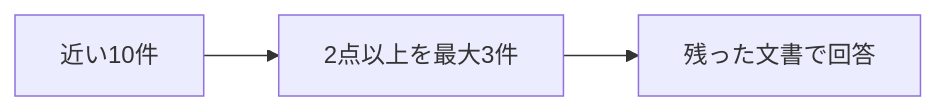
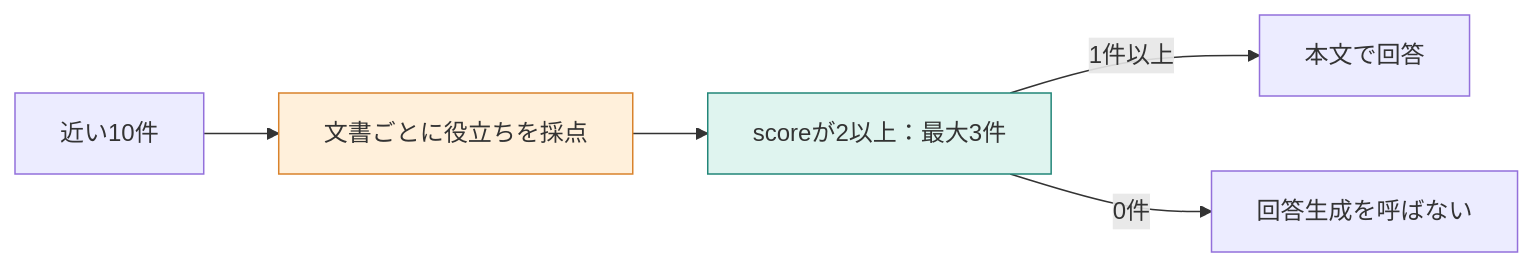
Before and after one commit to kouji0705/rag-study: the diagram in books/cd019af39edb03/09-exclude.md, drawn with Mermaid. The commit also changed other lines of this file and 1 other file, not shown here.

````diff
--- a/books/cd019af39edb03/09-exclude.md
+++ b/books/cd019af39edb03/09-exclude.md
@@ -13,4 +7,9 @@
 ```mermaid
 flowchart LR
-    S["近い10件"] --> F["2点以上を最大3件"] --> A["残った文書で回答"]
+    S["近い10件"] --> J["文書ごとに役立ちを採点"]
+    J --> F["scoreが2以上：最大3件"]
+    F -->|1件以上| A["本文で回答"]
+    F -->|0件| N["回答生成を呼ばない"]
+    style J fill:#fff0db,stroke:#d9822b
+    style F fill:#dff4ef,stroke:#228678
 ```
````
